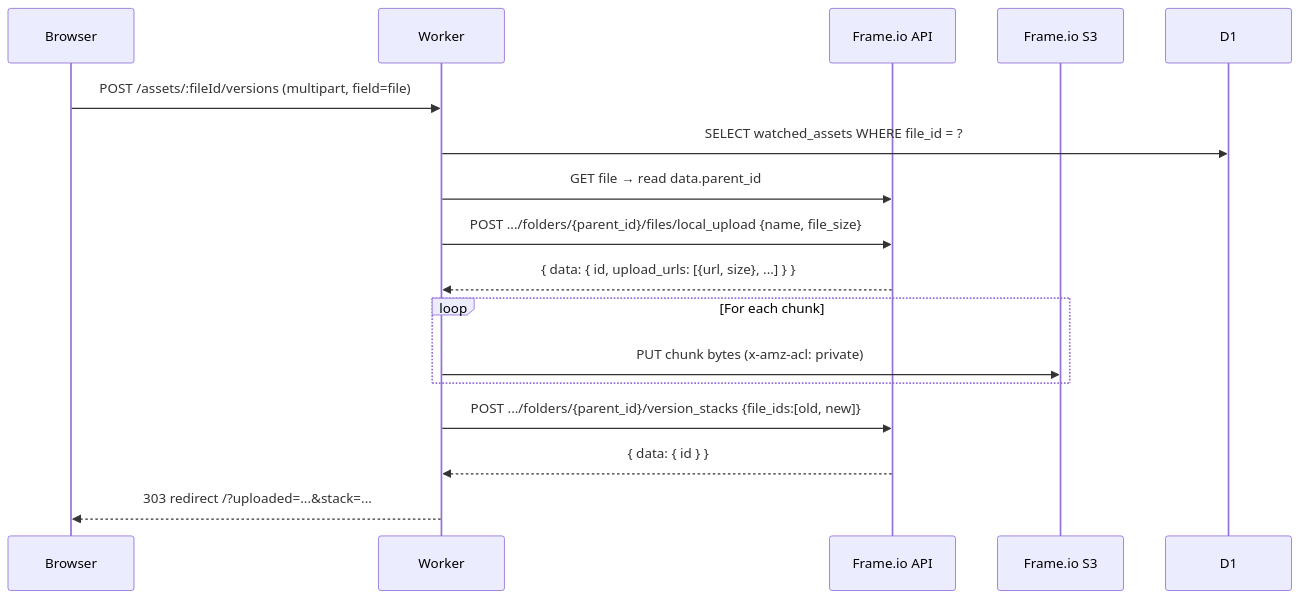
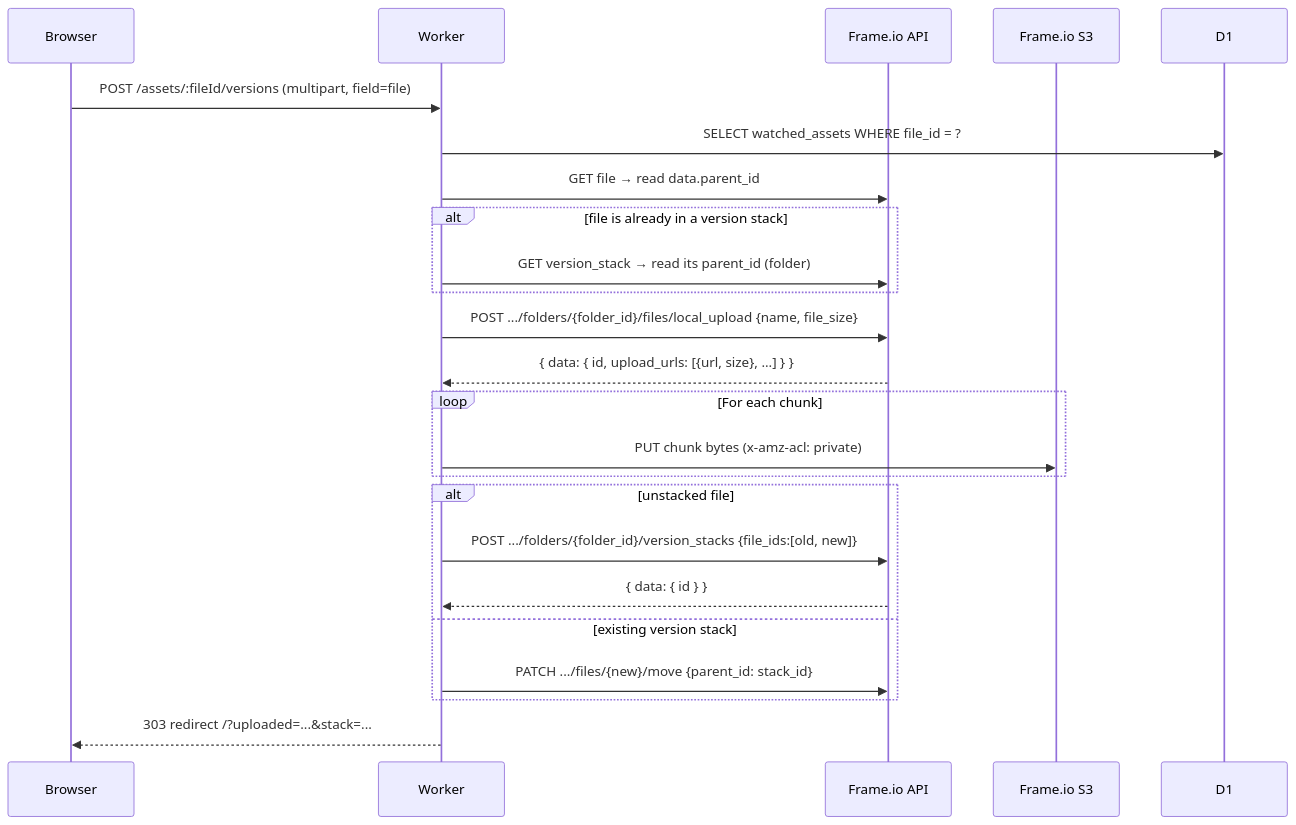
Before and after one commit to cpilsworth/frame2frame: the fifth of 5 diagrams in docs/frame-io-asset-watch-poc.md, drawn with Mermaid. The commit also changed other lines of this file and 4 other files, not shown here.

Commit message:
fix: support uploads to existing version stacks

````diff
--- a/docs/frame-io-asset-watch-poc.md
+++ b/docs/frame-io-asset-watch-poc.md
@@ -264,20 +264,27 @@
 ```mermaid
 sequenceDiagram
     participant B as Browser
     participant W as Worker
     participant API as Frame.io API
     participant S3 as Frame.io S3
     participant D as D1
 
     B->>W: POST /assets/:fileId/versions (multipart, field=file)
     W->>D: SELECT watched_assets WHERE file_id = ?
     W->>API: GET file → read data.parent_id
-    W->>API: POST .../folders/{parent_id}/files/local_upload {name, file_size}
+    alt file is already in a version stack
+      W->>API: GET version_stack → read its parent_id (folder)
+    end
+    W->>API: POST .../folders/{folder_id}/files/local_upload {name, file_size}
     API-->>W: { data: { id, upload_urls: [{url, size}, ...] } }
     loop For each chunk
       W->>S3: PUT chunk bytes (x-amz-acl: private)
     end
-    W->>API: POST .../folders/{parent_id}/version_stacks {file_ids:[old, new]}
-    API-->>W: { data: { id } }
+    alt unstacked file
+      W->>API: POST .../folders/{folder_id}/version_stacks {file_ids:[old, new]}
+      API-->>W: { data: { id } }
+    else existing version stack
+      W->>API: PATCH .../files/{new}/move {parent_id: stack_id}
+    end
     W-->>B: 303 redirect /?uploaded=...&stack=...
 ```
````
